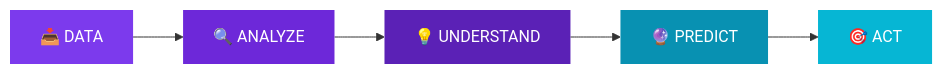
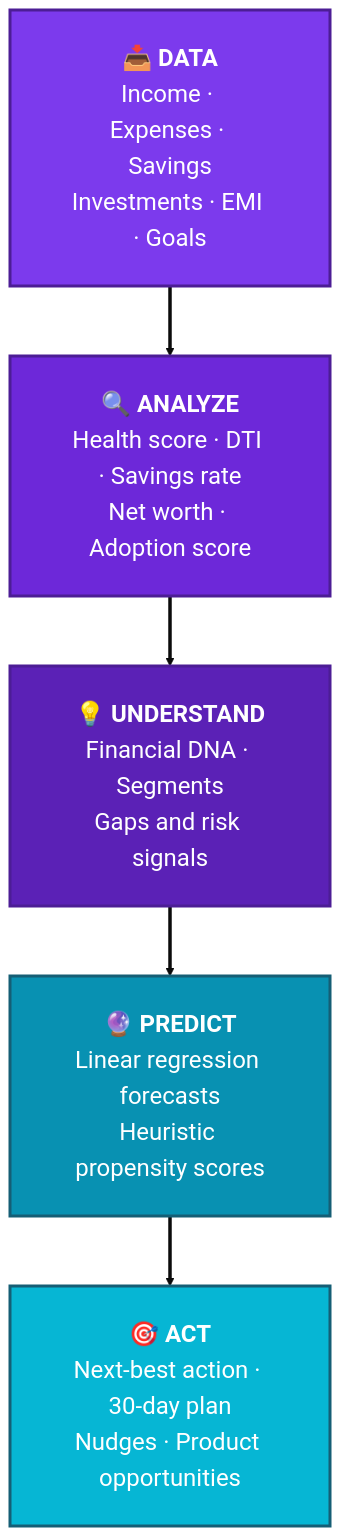
The first of 16 diagrams in README.md (Mansi232323/MANSHORA), drawn with Mermaid before and after one commit. The commit also changed other lines of this file, not shown here.

````diff
--- a/README.md
+++ b/README.md
@@ -31,9 +78,15 @@
 ```mermaid
-flowchart LR
-    A[📥 DATA] --> B[🔍 ANALYZE] --> C[💡 UNDERSTAND] --> D[🔮 PREDICT] --> E[🎯 ACT]
-    style A fill:#7c3aed,color:#fff,stroke:none
-    style B fill:#6d28d9,color:#fff,stroke:none
-    style C fill:#5b21b6,color:#fff,stroke:none
-    style D fill:#0891b2,color:#fff,stroke:none
-    style E fill:#06b6d4,color:#fff,stroke:none
+%%{init: {'theme':'base','themeVariables':{'fontSize':'24px','fontFamily':'Segoe UI, Arial'},'flowchart':{'nodeSpacing':60,'rankSpacing':70,'padding':30,'useMaxWidth':true,'htmlLabels':true}}}%%
+flowchart TB
+    A["<b>📥 DATA</b><br/>Income · Expenses · Savings<br/>Investments · EMI · Goals"]
+    B["<b>🔍 ANALYZE</b><br/>Health score · DTI · Savings rate<br/>Net worth · Adoption score"]
+    C["<b>💡 UNDERSTAND</b><br/>Financial DNA · Segments<br/>Gaps and risk signals"]
+    D["<b>🔮 PREDICT</b><br/>Linear regression forecasts<br/>Heuristic propensity scores"]
+    E["<b>🎯 ACT</b><br/>Next-best action · 30-day plan<br/>Nudges · Product opportunities"]
+    A ==> B ==> C ==> D ==> E
+    style A fill:#7c3aed,color:#fff,stroke:#4c1d95,stroke-width:3px
+    style B fill:#6d28d9,color:#fff,stroke:#4c1d95,stroke-width:3px
+    style C fill:#5b21b6,color:#fff,stroke:#4c1d95,stroke-width:3px
+    style D fill:#0891b2,color:#fff,stroke:#155e75,stroke-width:3px
+    style E fill:#06b6d4,color:#fff,stroke:#155e75,stroke-width:3px
 ```
````
